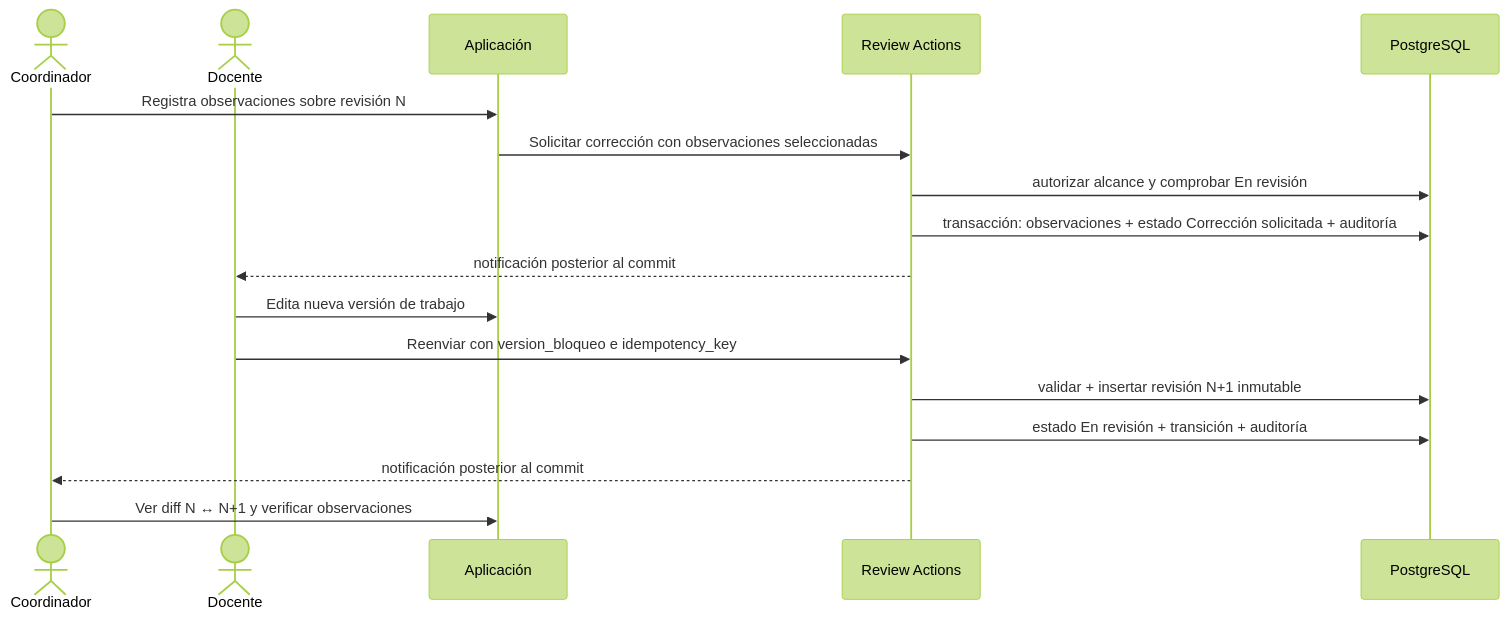
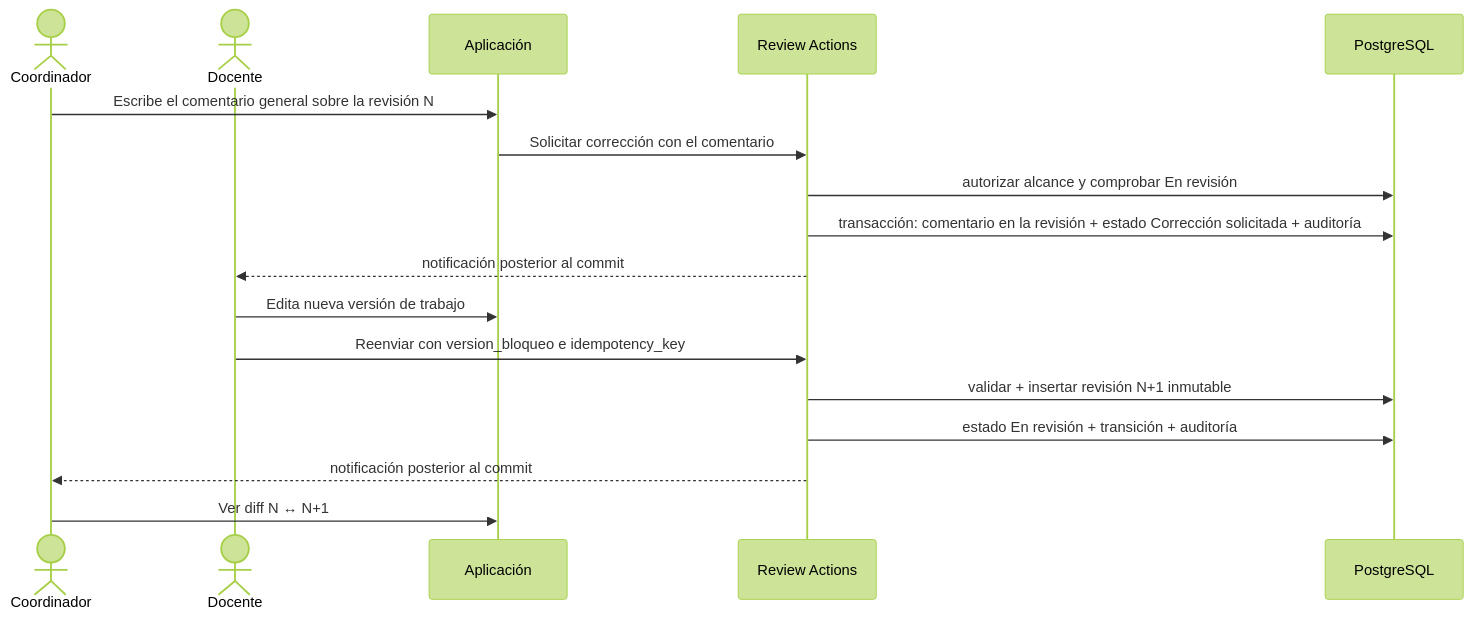
One commit to Giossue/proyecto-grado-silabos-backend changed the second of 6 diagrams in docs/architecture/sequences.md. Above: the diagram before and after it, drawn with Mermaid (forest theme). The commit also changed other lines of this file and 34 other files, not shown here.

First line of the commit message:
refactor(revisiones): sustituir observaciones por campo por comentario general

````diff
--- a/docs/architecture/sequences.md
+++ b/docs/architecture/sequences.md
@@ -46,20 +46,20 @@
 ```mermaid
 sequenceDiagram
     actor Coo as Coordinador
     actor D as Docente
     participant UI as Aplicación
     participant R as Review Actions
     participant DB as PostgreSQL
 
-    Coo->>UI: Registra observaciones sobre revisión N
-    UI->>R: Solicitar corrección con observaciones seleccionadas
+    Coo->>UI: Escribe el comentario general sobre la revisión N
+    UI->>R: Solicitar corrección con el comentario
     R->>DB: autorizar alcance y comprobar En revisión
-    R->>DB: transacción: observaciones + estado Corrección solicitada + auditoría
+    R->>DB: transacción: comentario en la revisión + estado Corrección solicitada + auditoría
     R-->>D: notificación posterior al commit
     D->>UI: Edita nueva versión de trabajo
     D->>R: Reenviar con version_bloqueo e idempotency_key
     R->>DB: validar + insertar revisión N+1 inmutable
     R->>DB: estado En revisión + transición + auditoría
     R-->>Coo: notificación posterior al commit
-    Coo->>UI: Ver diff N ↔ N+1 y verificar observaciones
+    Coo->>UI: Ver diff N ↔ N+1
 ```
````
